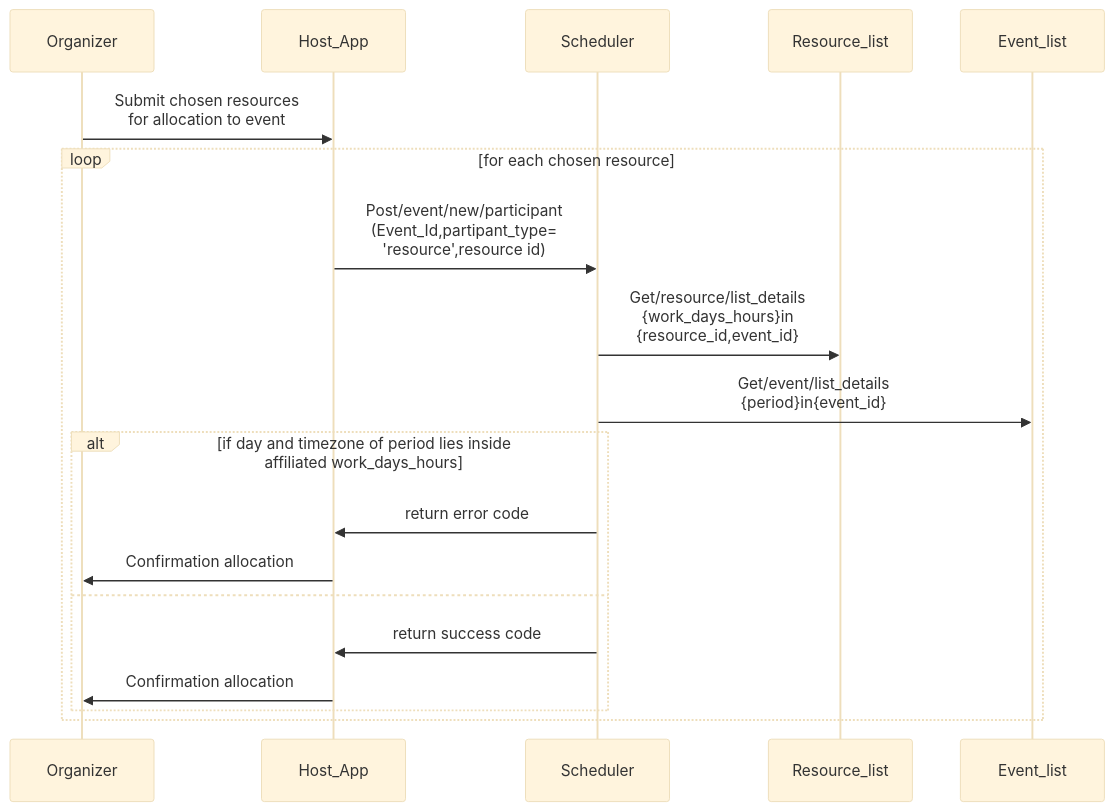
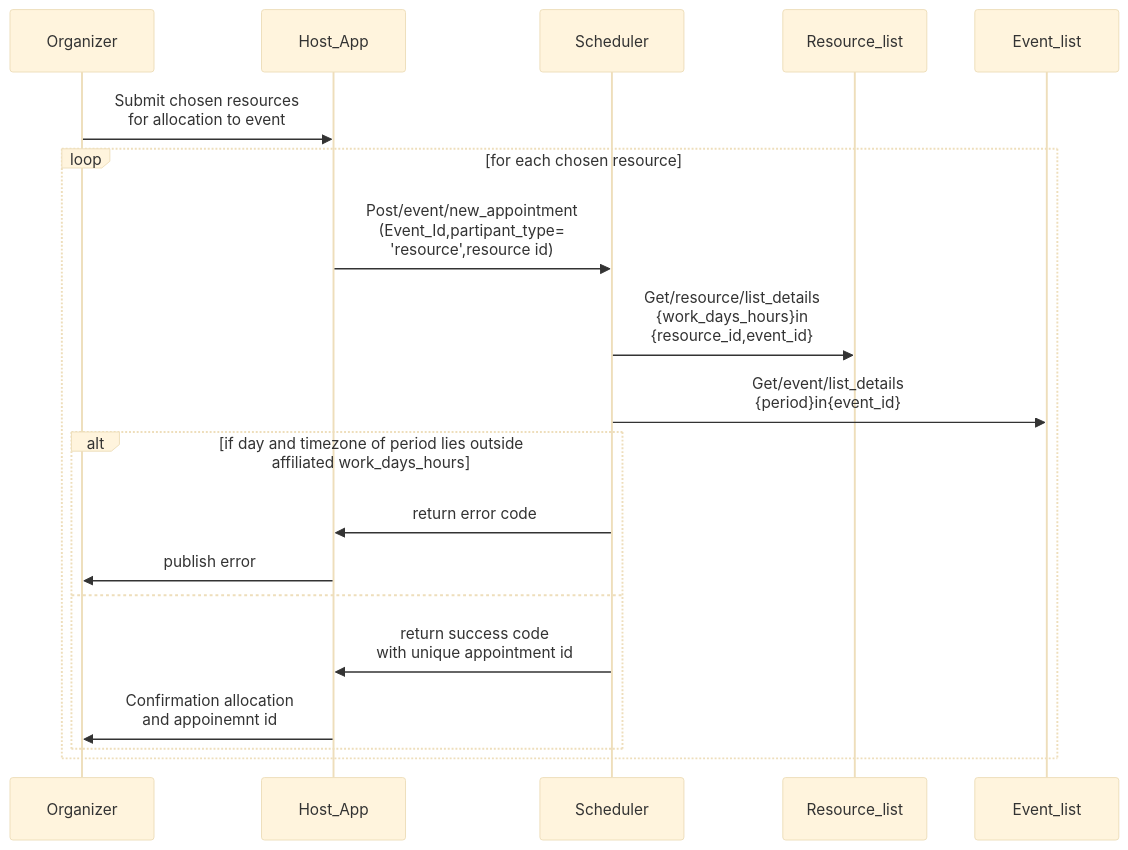
One commit to GovStackWorkingGroup/scheduler changed the third of 15 diagrams in spec/9-workflows.md. Above: the diagram before and after it, drawn with Mermaid (base theme). The commit also changed other lines of this file and 1 other file, not shown here.

Commit message:
GITBOOK-40: change request with no subject merged in GitBook

````diff
--- a/spec/9-workflows.md
+++ b/spec/9-workflows.md
@@ -104,16 +104,16 @@
 ```mermaid
 sequenceDiagram
 Organizer->>Host_App: Submit chosen resources<br> for allocation to event
 loop for each chosen resource
-    Host_App->>Scheduler:Post/event/new/participant<br>(Event_Id,partipant_type=<br>'resource',resource id)
+    Host_App->>Scheduler:Post/event/new_appointment<br>(Event_Id,partipant_type=<br>'resource',resource id)
     Scheduler->>Resource_list: Get/resource/list_details<br>{work_days_hours}in <br>{resource_id,event_id}
     Scheduler->>Event_list: Get/event/list_details<br>{period}in{event_id}
-    alt if day and timezone of period lies inside<br>affiliated work_days_hours
+    alt if day and timezone of period lies outside <br>affiliated work_days_hours
       Scheduler->>Host_App: return error code
-      Host_App->>Organizer: Confirmation allocation
+      Host_App->>Organizer: publish error
     else
-      Scheduler->>Host_App: return success code
-      Host_App->>Organizer: Confirmation allocation
+      Scheduler->>Host_App: return success code<br> with unique appointment id
+      Host_App->>Organizer: Confirmation allocation<br>and appoinemnt id
     end
 end
 ```
````
